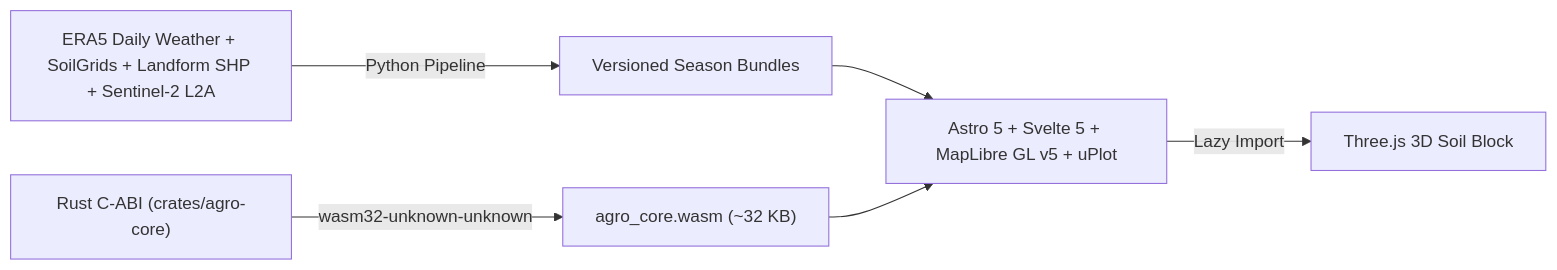
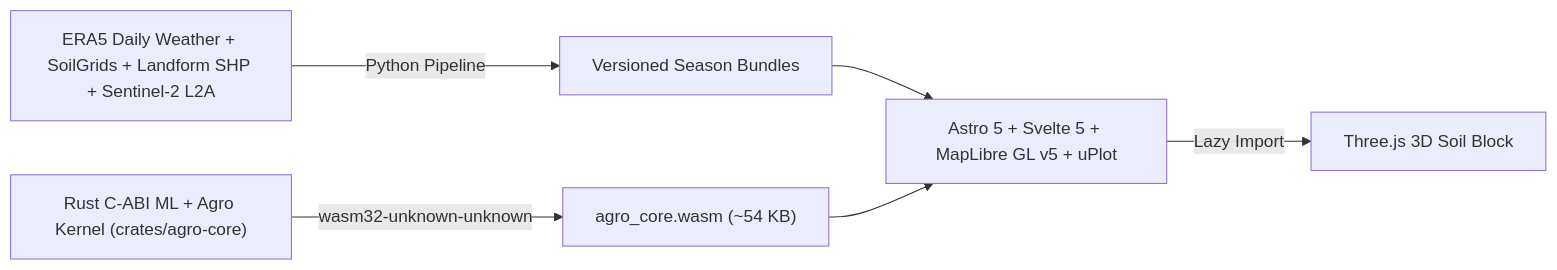
The diagram in README.md (gisrad/panen-id), drawn with Mermaid before and after one commit. The commit also changed other lines of this file and 1 other file, not shown here.

Commit message:
docs(audit): add /data nav link & sync v2.0 Rust WASM ML features in README

````diff
--- a/README.md
+++ b/README.md
@@ -62,8 +62,8 @@
 ```mermaid
 flowchart LR
   Data["ERA5 Daily Weather + SoilGrids + Landform SHP + Sentinel-2 L2A"] -->|"Python Pipeline"| Static["Versioned Season Bundles"]
-  Rust["Rust C-ABI (crates/agro-core)"] -->|"wasm32-unknown-unknown"| Wasm["agro_core.wasm (~32 KB)"]
+  Rust["Rust C-ABI ML + Agro Kernel (crates/agro-core)"] -->|"wasm32-unknown-unknown"| Wasm["agro_core.wasm (~54 KB)"]
   Static --> App["Astro 5 + Svelte 5 + MapLibre GL v5 + uPlot"]
   Wasm --> App
   App -->|"Lazy Import"| Three["Three.js 3D Soil Block"]
 ```
````
